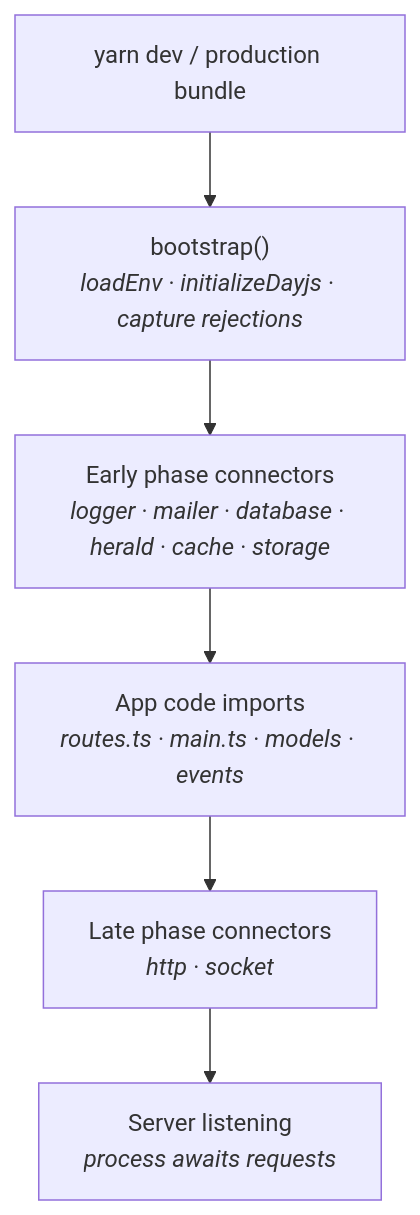
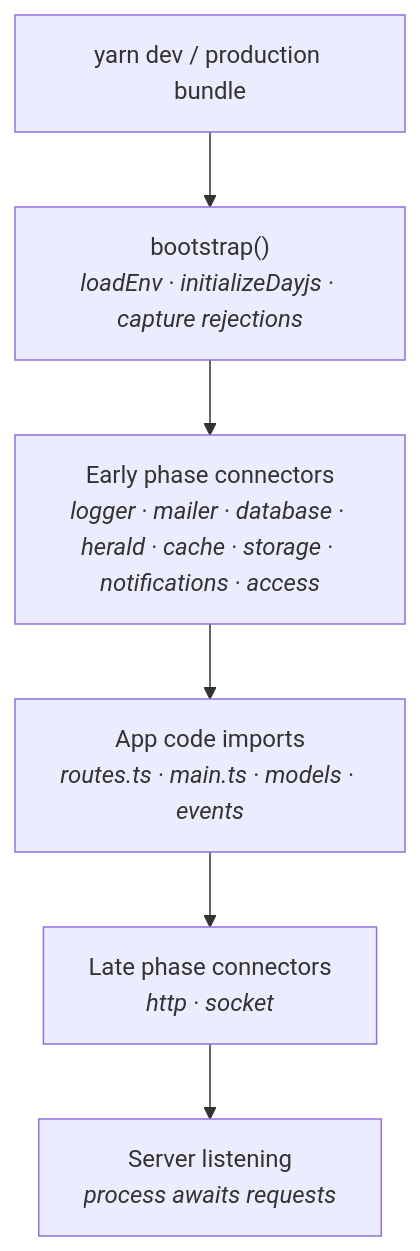
The first of 2 diagrams in src/content/docs/v/latest/core/architecture-concepts/bootstrap-and-connectors.md (warlockjs/documentation), drawn with Mermaid before and after one commit. The commit also changed other lines of this file and 40 other files, not shown here.

````diff
--- a/src/content/docs/v/latest/core/architecture-concepts/bootstrap-and-connectors.md
+++ b/src/content/docs/v/latest/core/architecture-concepts/bootstrap-and-connectors.md
@@ -15,15 +15,15 @@
 ```mermaid
 flowchart TD
     cli["yarn dev / production bundle"]
     boot["bootstrap()<br/><i>loadEnv · initializeDayjs · capture rejections</i>"]
-    early["Early phase connectors<br/><i>logger · mailer · database · herald · cache · storage</i>"]
+    early["Early phase connectors<br/><i>logger · mailer · database · herald · cache · storage · notifications · access</i>"]
     appcode["App code imports<br/><i>routes.ts · main.ts · models · events</i>"]
     late["Late phase connectors<br/><i>http · socket</i>"]
     listening["Server listening<br/><i>process awaits requests</i>"]
 
     cli --> boot
     boot --> early
     early --> appcode
     appcode --> late
     late --> listening
 ```
````
